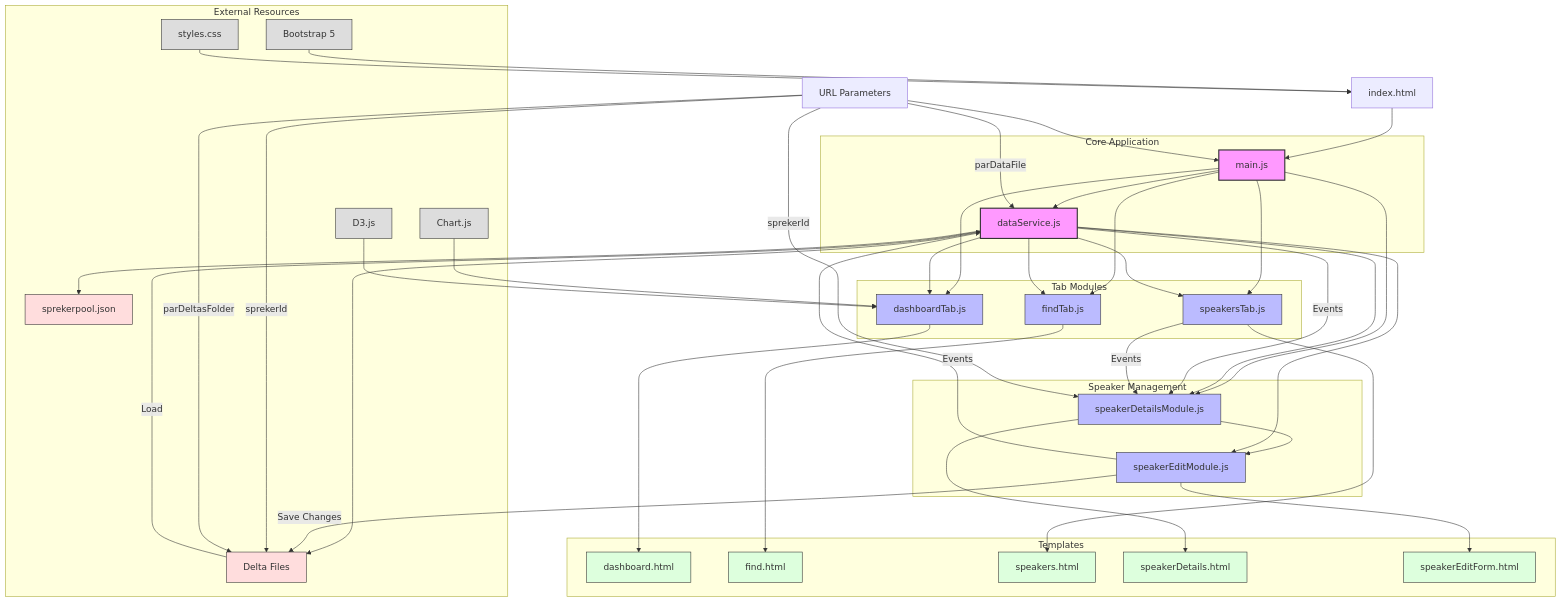
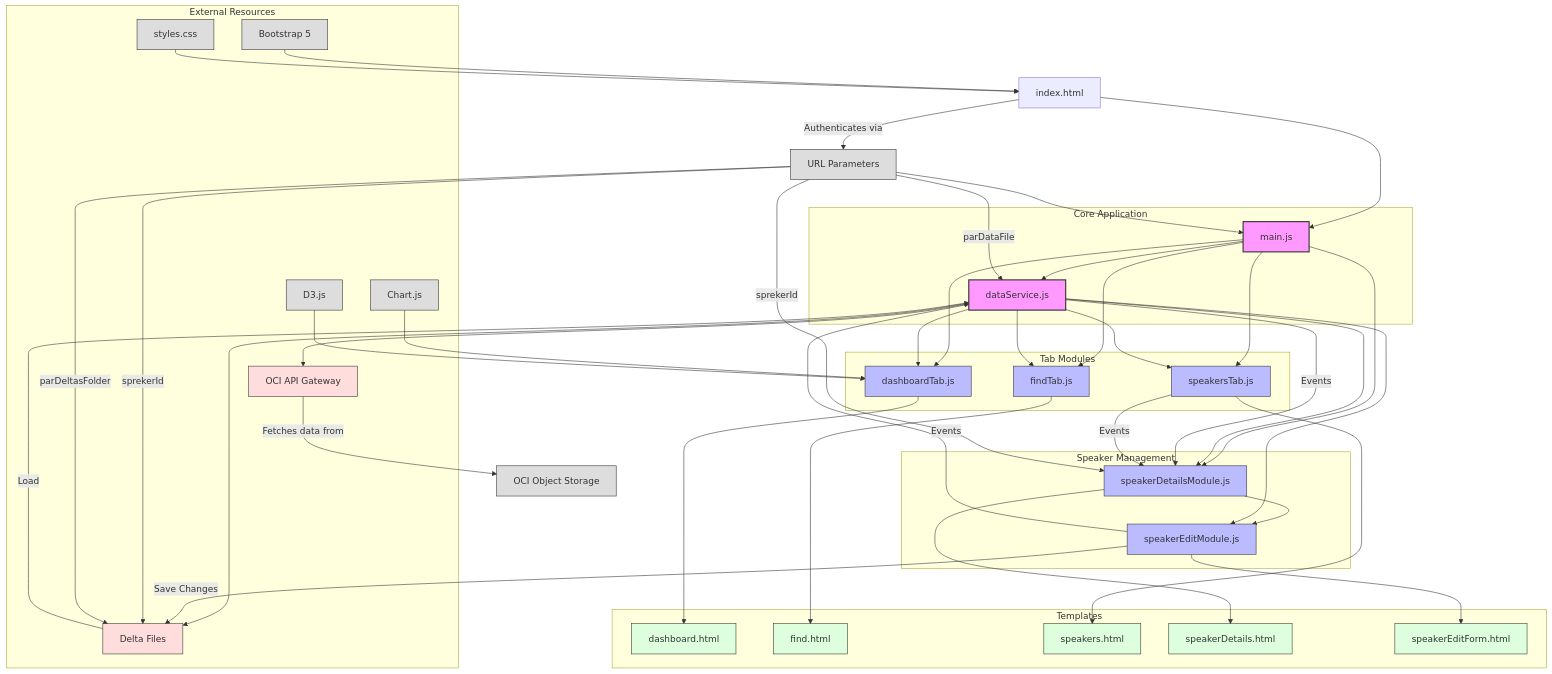
Before and after one commit to lucasjellema/speakerpool-app: the diagram in architecture.md, drawn with Mermaid. The commit also changed other lines of this file, not shown here.

Commit message:
improve Architecture description

```diff
--- a/architecture.md
+++ b/architecture.md
@@ -46,8 +76,12 @@
     G --> G1[speakerDetails.html]
     H --> H1[speakerEditForm.html]
     
-    %% External Data
-    C --> I[sprekerpool.json]
+    %% External Services
+    C --> I[OCI API Gateway]
+    I --> |"Fetches data from"| I1[OCI Object Storage]
+    
+    %% Authentication
+    A --> |"Authenticates via"| M[MS Entra ID]
     
     %% Delta Files
     C --> O[Delta Files]
@@ -58,6 +92,10 @@
     J[Bootstrap 5] --> A
     K[Chart.js] --> D
     L[D3.js] --> D
+    
+    %% External Services Styling
+    classDef external fill:#f9f,stroke:#333,stroke-width:2px;
+    class M,I,I1 external;
     
     %% Event Flow
     C -- "Events" --> G
```
